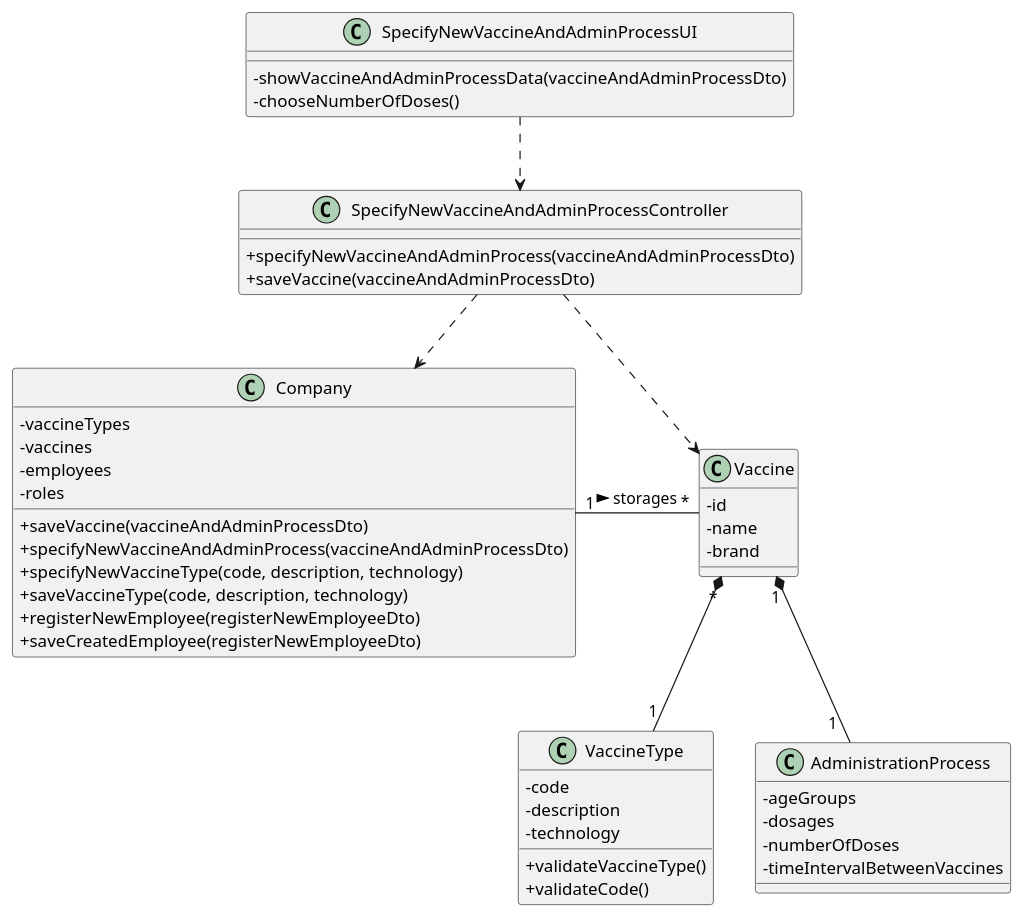
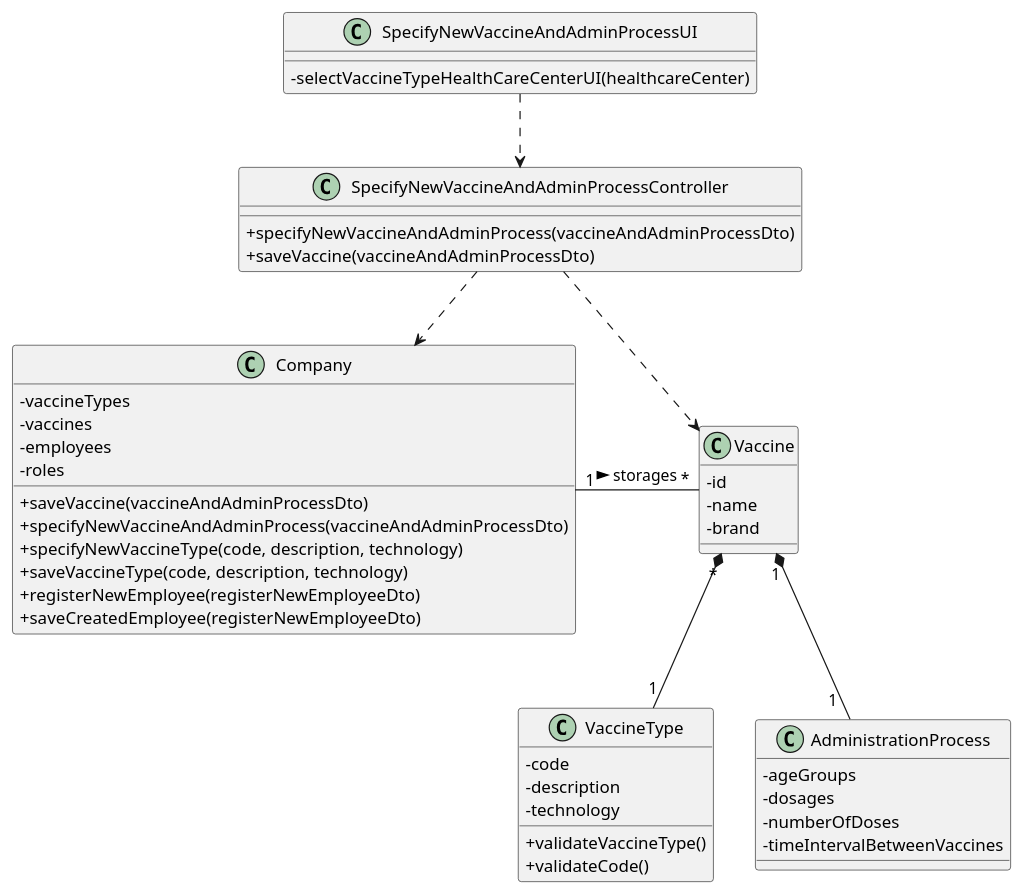
Before and after one commit to Pirussa/lei-22-s2-1da-g02: the diagram in docs/SprintC/US001/US001_CD.puml, drawn with PlantUML. The commit also changed 3 other files, not shown here.

```diff
--- a/docs/SprintC/US001/US001_CD.puml
+++ b/docs/SprintC/US001/US001_CD.puml
@@ -1,57 +1,57 @@
 @startuml
 skinparam classAttributeIconSize 0
 
 class SpecifyNewVaccineAndAdminProcessUI {
--showVaccineAndAdminProcessData(vaccineAndAdminProcessDto)
--chooseNumberOfDoses()
+-selectVaccineTypeHealthCareCenterUI(healthcareCenter)
+
 }
 
 class SpecifyNewVaccineAndAdminProcessController {
 +specifyNewVaccineAndAdminProcess(vaccineAndAdminProcessDto)
 +saveVaccine(vaccineAndAdminProcessDto)
 }
 
 class Company {
 -vaccineTypes
 -vaccines
 -employees
 -roles
 +saveVaccine(vaccineAndAdminProcessDto)
 +specifyNewVaccineAndAdminProcess(vaccineAndAdminProcessDto)
 +specifyNewVaccineType(code, description, technology)
 +saveVaccineType(code, description, technology)
 +registerNewEmployee(registerNewEmployeeDto)
 +saveCreatedEmployee(registerNewEmployeeDto)
 }
 
 class Vaccine{
 -id
 -name
 -brand
 
 }
 class VaccineType {
 -code
 -description
 -technology
 +validateVaccineType()
 +validateCode()
 }
 
 class AdministrationProcess {
 -ageGroups
 -dosages
 -numberOfDoses
 -timeIntervalBetweenVaccines
 
 }
 
 SpecifyNewVaccineAndAdminProcessUI ..> SpecifyNewVaccineAndAdminProcessController
 SpecifyNewVaccineAndAdminProcessController ..> Company
 Company "1" - "*" Vaccine : storages >
 SpecifyNewVaccineAndAdminProcessController ..> Vaccine
 Vaccine "*" *-- "1" VaccineType
 Vaccine "1" *-- "1  " AdministrationProcess
 
 
 @enduml
```
